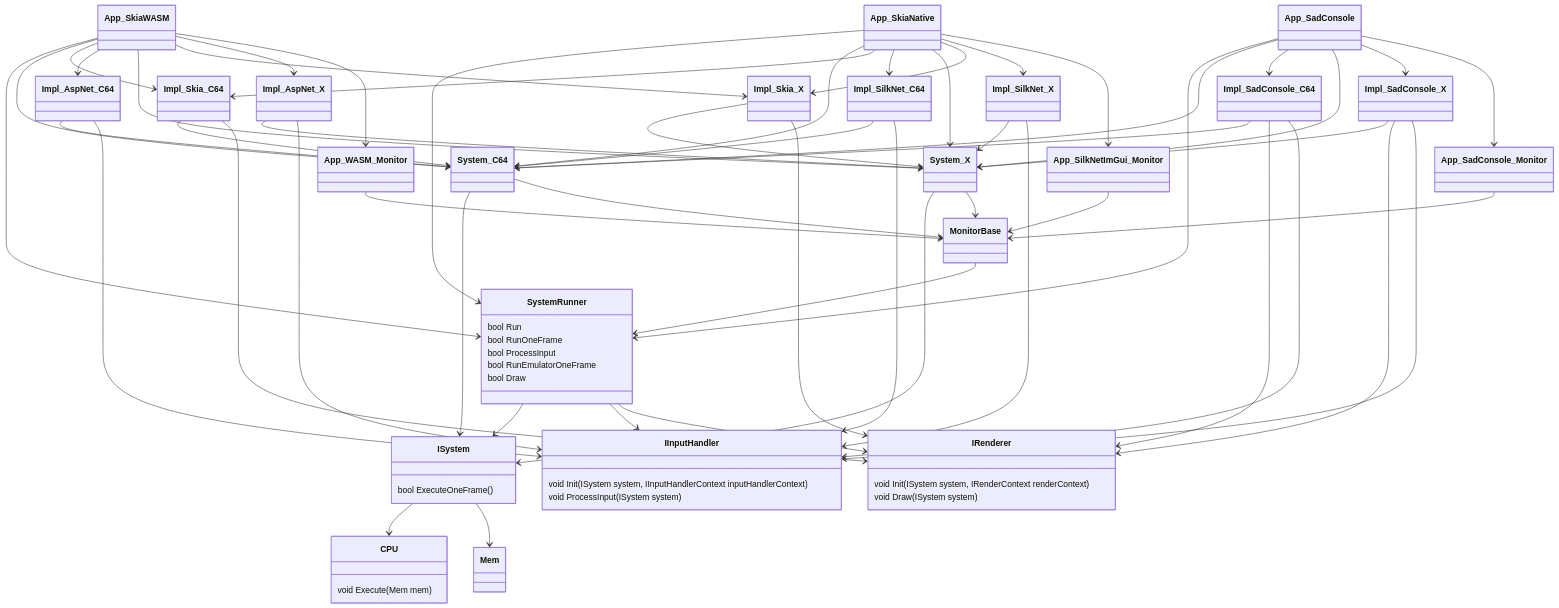
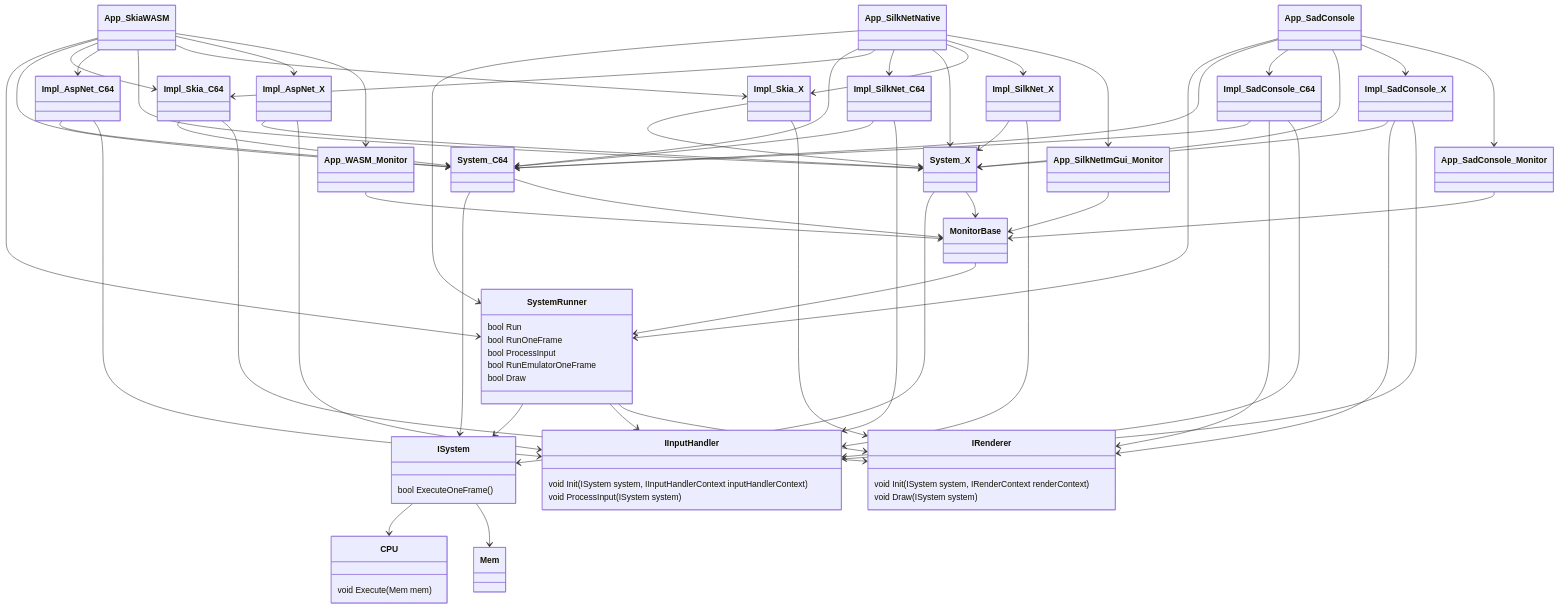
Before and after one commit to highbyte/dotnet-6502: the first of 2 diagrams in doc/SYSYEM_DIAGRAM.md, drawn with Mermaid. The commit also changed 34 other files, not shown here.

Commit message:
Refactor namespace SkiaNative to SilkNetNative

```diff
--- a/doc/SYSYEM_DIAGRAM.md
+++ b/doc/SYSYEM_DIAGRAM.md
@@ -12,15 +12,15 @@
 App_SkiaWASM --> App_WASM_Monitor
 App_WASM_Monitor --> MonitorBase
 
-App_SkiaNative
-App_SkiaNative --> SystemRunner
-App_SkiaNative --> System_C64
-App_SkiaNative --> Impl_Skia_C64
-App_SkiaNative --> Impl_SilkNet_C64
-App_SkiaNative --> System_X
-App_SkiaNative --> Impl_Skia_X
-App_SkiaNative --> Impl_SilkNet_X
-App_SkiaNative --> App_SilkNetImGui_Monitor
+App_SilkNetNative
+App_SilkNetNative --> SystemRunner
+App_SilkNetNative --> System_C64
+App_SilkNetNative --> Impl_Skia_C64
+App_SilkNetNative --> Impl_SilkNet_C64
+App_SilkNetNative --> System_X
+App_SilkNetNative --> Impl_Skia_X
+App_SilkNetNative --> Impl_SilkNet_X
+App_SilkNetNative --> App_SilkNetImGui_Monitor
 App_SilkNetImGui_Monitor --> MonitorBase
 
 App_SadConsole
```
